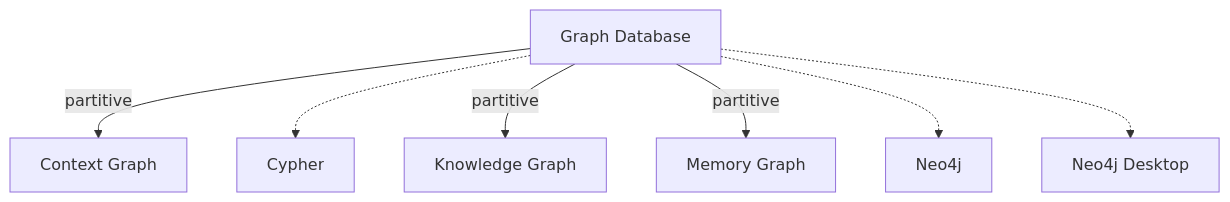
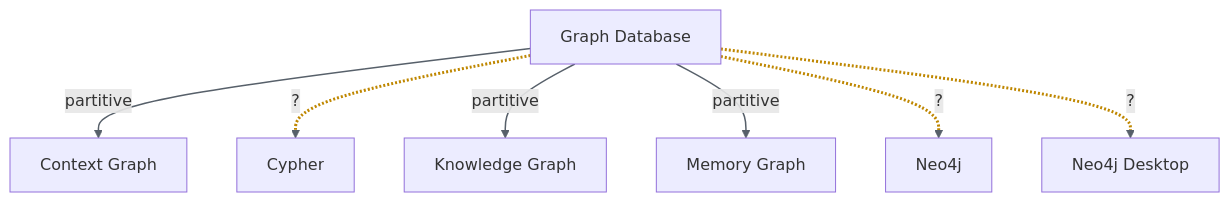
The third of 9 diagrams in vocab/browse/map.md (dpw67/pkm), drawn with Mermaid before and after one commit. The commit also changed other lines of this file and 3 other files, not shown here.

````diff
--- a/vocab/browse/map.md
+++ b/vocab/browse/map.md
@@ -53,16 +65,18 @@
 ```mermaid
 graph TD
   GraphDatabase["Graph Database"]
   ContextGraph["Context Graph"]
   GraphDatabase -->|partitive| ContextGraph
   Cypher["Cypher"]
-  GraphDatabase -.-> Cypher
+  GraphDatabase -.->|"?"| Cypher
   KnowledgeGraph["Knowledge Graph"]
   GraphDatabase -->|partitive| KnowledgeGraph
   MemoryGraph["Memory Graph"]
   GraphDatabase -->|partitive| MemoryGraph
   Neo4j["Neo4j"]
-  GraphDatabase -.-> Neo4j
+  GraphDatabase -.->|"?"| Neo4j
   Neo4jDesktop["Neo4j Desktop"]
-  GraphDatabase -.-> Neo4jDesktop
+  GraphDatabase -.->|"?"| Neo4jDesktop
+  linkStyle default stroke:#57606a,stroke-width:1.5px
+  linkStyle 1,4,5 stroke:#bf8700,stroke-width:3px
 ```
````
